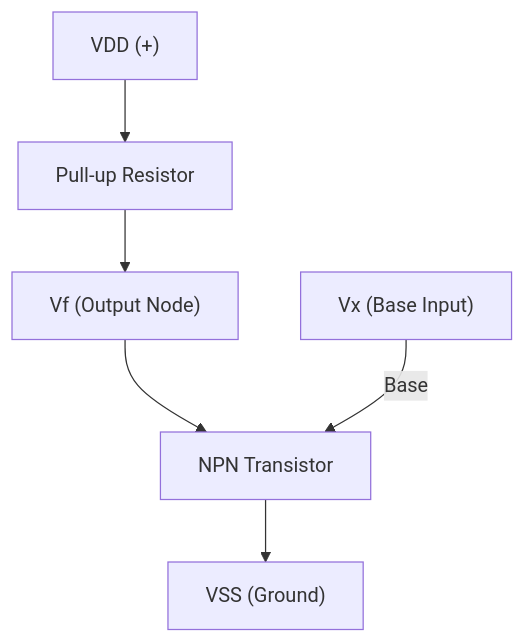
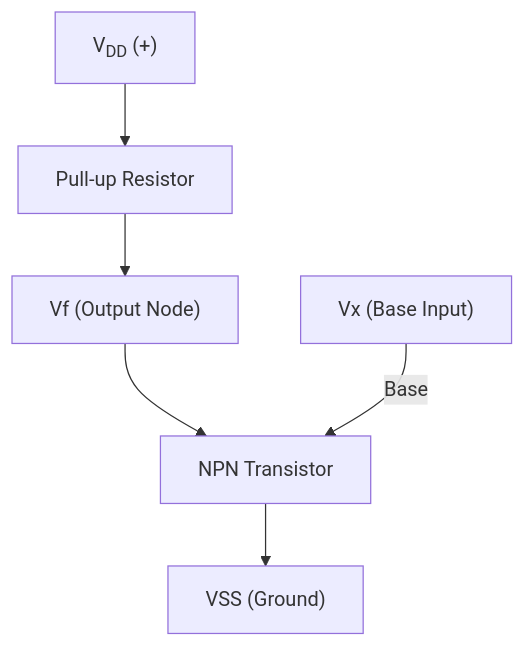
The diagram in Components/discrete/Transistors/NPN/README.md (setrar/microelectronics), drawn with Mermaid before and after one commit.

Commit message:
Update VDD label in NPN transistor diagram

````diff
--- a/Components/discrete/Transistors/NPN/README.md
+++ b/Components/discrete/Transistors/NPN/README.md
@@ -3,13 +3,13 @@
 ```mermaid
 graph TD
-  VDD["VDD (+)"]
+  VDD["V<sub>DD</sub> (+)"]
   R["Pull-up Resistor"]
   Vf["Vf (Output Node)"]
   Q["NPN Transistor"]
   VSS["VSS (Ground)"]
   Vx["Vx (Base Input)"]
 
   VDD --> R --> Vf --> Q
   Q --> VSS
   Vx -->|Base| Q
 ```
````
